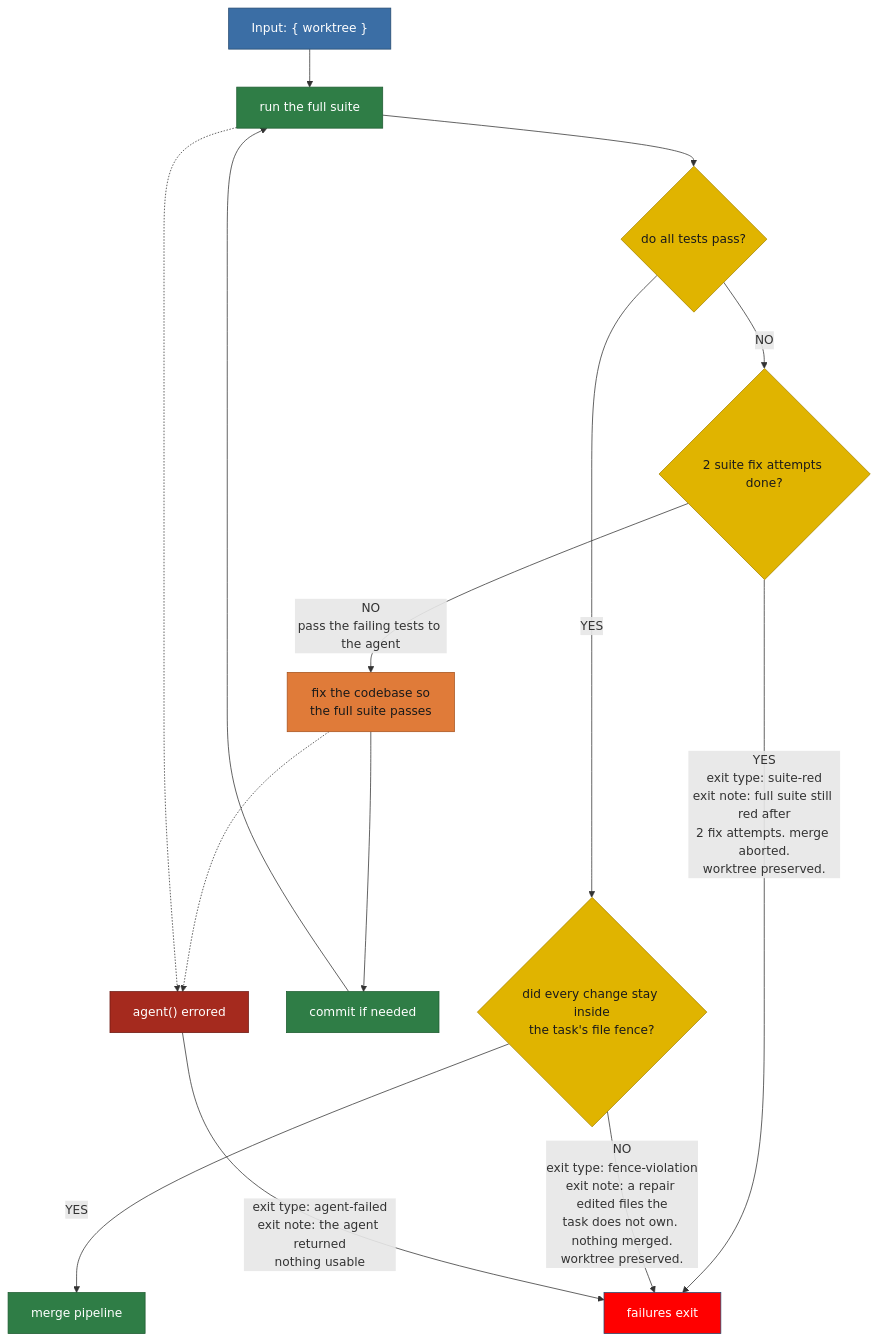
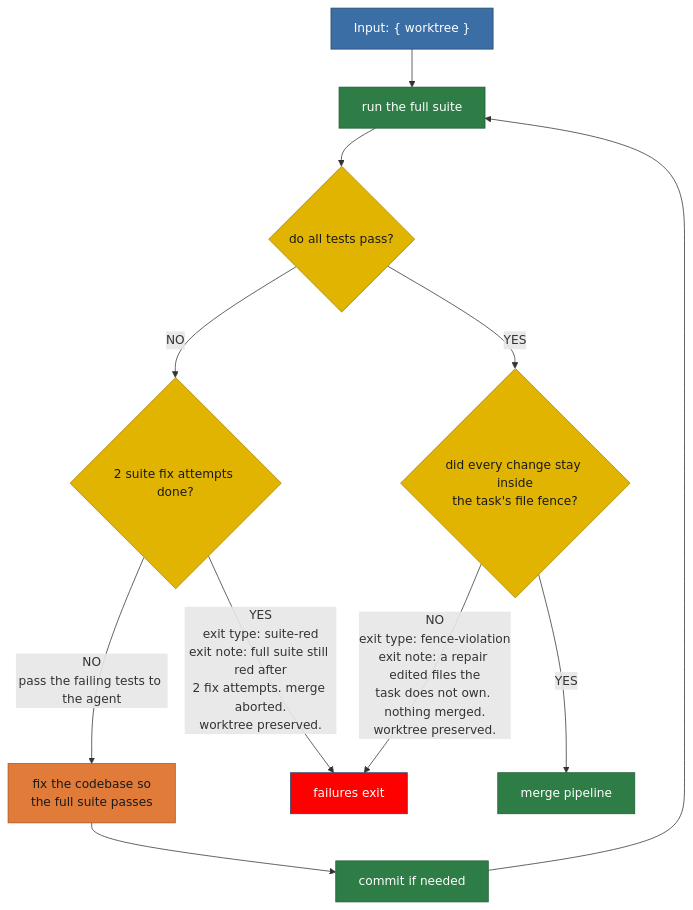
One commit to matkatmusic/taskTools changed the diagram in plans/diagram/pipeline-suite.mmd. Above: the diagram before and after it, drawn with Mermaid. The commit also changed 404 other files, not shown here.

```diff
--- a/plans/diagram/pipeline-suite.mmd
+++ b/plans/diagram/pipeline-suite.mmd
@@ -1,69 +1,66 @@
 flowchart TB
 %% FULL SUITE PIPELINE. Split from pipeline-rebaseMerge.mmd.
 %% ---
 %% Input: a rebased worktree, with the source repo lock already held.
 %% ---
 %% Job: get the whole test suite green on the target branch.
 %% ---
 %% Rules not shown in the graph:
 %% ---
 %% The workflow sandbox cannot run a script, so this box is an agent box.
 %% ---
 %% The agent runs runFullSuite.ts with Bash and hands back the verdict.
 %% ---
 %% The fence gate runs once, after the fix loop and before the merge.
 %% ---
 %% It re-derives the diff itself and never trusts an agent's self-report.
 %% ---
 %% See checkTaskFileFence.ts.
 %% ---
 %% Counters count fix attempts, not failing runs.
 %% ---
 %% They are per-invocation, not persisted to tasks.json.
 %% ---
 %% KNOWN CEILING: the source lock goes stale at 15 minutes.
 %% ---
 %% Refreshes happen only between boxes, no background timer.
 %% ---
 %% See sourceRepoLock.ts, no setInterval.
 %% ---
 %% A script that fails operationally exits as run-failed.
 %% ---
-%% Exit types: agent-failed, suite-red, fence-violation, run-failed.
+%% Exit types: suite-red, fence-violation, run-failed.
 
   REBASED_WORKTREE_INPUT["Input: { worktree }"] --> RUN_FULL_SUITE
   RUN_FULL_SUITE["run the full suite"] --> DO_ALL_TESTS_PASS{"do all tests pass?"}
   DO_ALL_TESTS_PASS -->|YES| DID_CHANGES_STAY_INSIDE_FENCE{"did every change stay inside<br/>the task's file fence?"}
   DO_ALL_TESTS_PASS -->|NO| ARE_2_SUITE_FIXES_DONE{"2 suite fix attempts done?"}
 
   ARE_2_SUITE_FIXES_DONE -- "NO<br/>pass the failing tests to the agent" --> FIX_THE_CODEBASE_FOR_SUITE["fix the codebase so<br/>the full suite passes"]
   ARE_2_SUITE_FIXES_DONE -- "YES<br/>exit type: suite-red<br/>exit note: full suite still red after<br/>2 fix attempts. merge aborted.<br/>worktree preserved." --> EXIT_WORKFLOW_SUITE
   FIX_THE_CODEBASE_FOR_SUITE --> COMMIT_SUITE_FIX_IF_NEEDED["commit if needed"]
   COMMIT_SUITE_FIX_IF_NEEDED --> RUN_FULL_SUITE
 
   DID_CHANGES_STAY_INSIDE_FENCE -->|YES| MERGE_PIPELINE["merge pipeline"]
   DID_CHANGES_STAY_INSIDE_FENCE -- "NO<br/>exit type: fence-violation<br/>exit note: a repair edited files the<br/>task does not own. nothing merged.<br/>worktree preserved." --> EXIT_WORKFLOW_SUITE
-
-  FIX_THE_CODEBASE_FOR_SUITE -.-> AGENT_ERRORED["agent() errored"] -- "exit type: agent-failed<br/>exit note: the agent returned<br/>nothing usable" --> EXIT_WORKFLOW_SUITE
-  RUN_FULL_SUITE -.-> AGENT_ERRORED
 
   EXIT_WORKFLOW_SUITE["failures exit"]
 
   %% Green heads for the next pipeline.
   %% ---
   %% Red goes back round the cycle or ends in the exit workflow.
   classDef pipeline fill:#2f7d46,stroke:#1e5c31,color:#ffffff
   classDef script fill:#2f7d46,stroke:#1e5c31,color:#ffffff
   classDef agent fill:#e07b39,stroke:#a8541f,color:#1a1a1a
   classDef decision fill:#e0b400,stroke:#a88600,color:#1a1a1a
   classDef output fill:#3b6ea5,stroke:#254a70,color:#ffffff
   classDef fail fill:red,stroke:#254a70,color:#ffffff
   classDef pass fill:#2f7d46,stroke:#1e5c31,color:#ffffff
   classDef nopass fill:#a52a1e,stroke:#6d1a12,color:#ffffff
   class DO_ALL_TESTS_PASS,ARE_2_SUITE_FIXES_DONE,DID_CHANGES_STAY_INSIDE_FENCE decision
   class COMMIT_SUITE_FIX_IF_NEEDED,RUN_FULL_SUITE script
   class FIX_THE_CODEBASE_FOR_SUITE agent
   class MERGE_PIPELINE pipeline
-  class AGENT_ERRORED nopass
   class EXIT_WORKFLOW_SUITE fail
   class REBASED_WORKTREE_INPUT output
+  class FIX_THE_CODEBASE_FOR_SUITE returns_a_prompt
```
